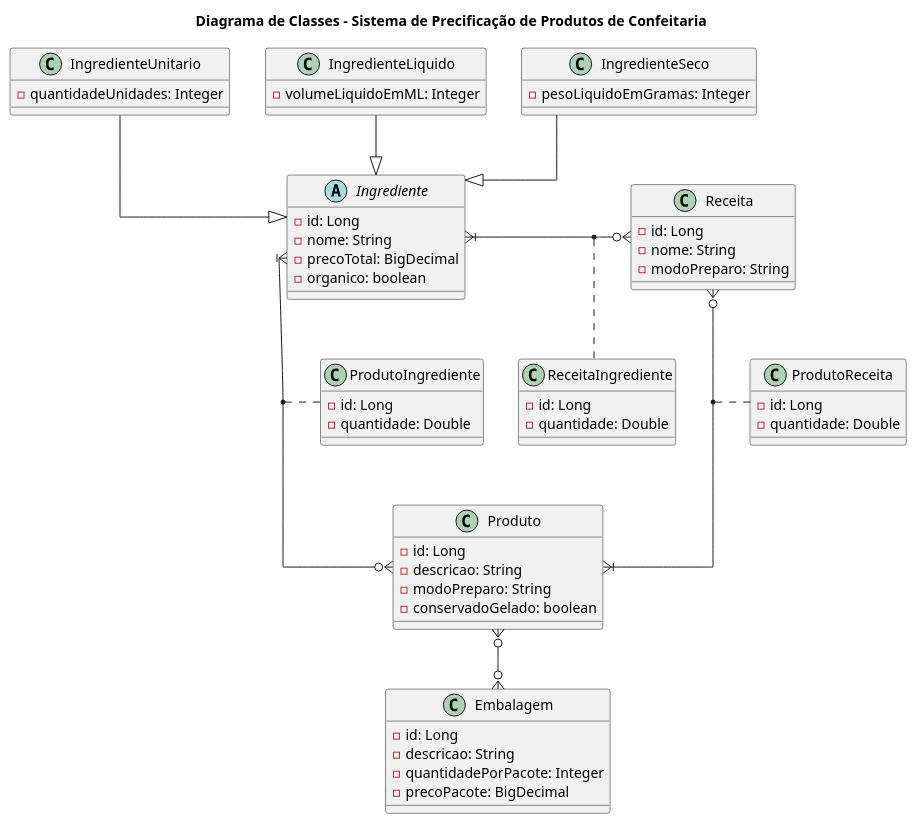
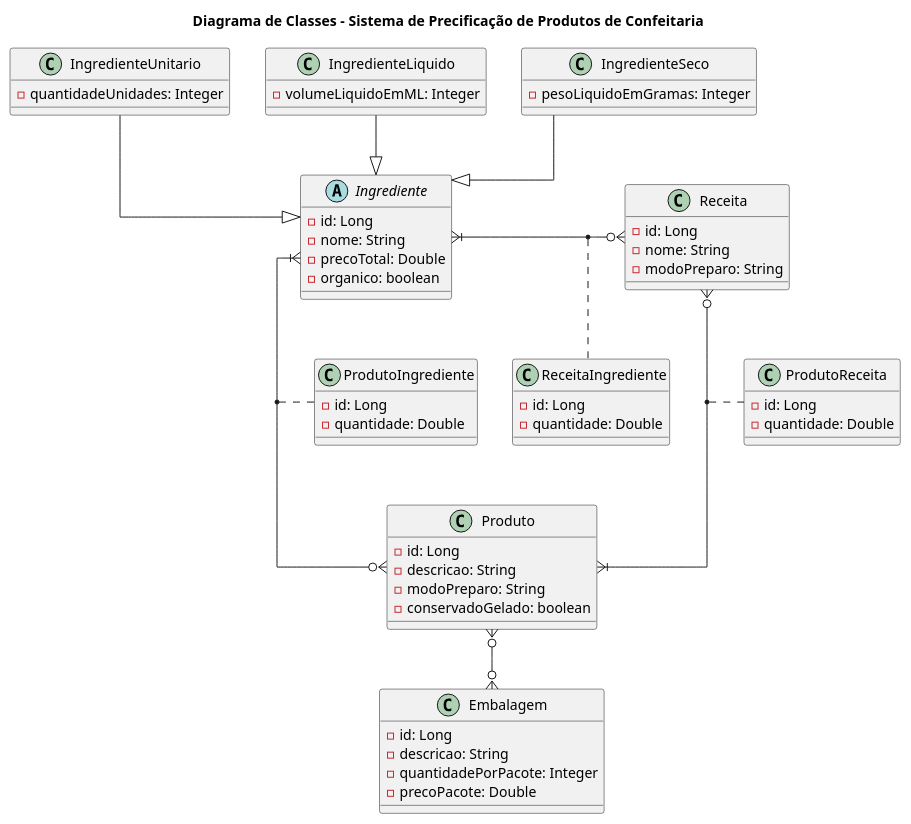
The diagram in README.md (franklin-sertao/ArquiteturaJava24E42), drawn with PlantUML before and after one commit. The commit also changed 23 other files, not shown here.

Commit message:
Melhorias no frontend + preço unitário do ingrediente + Uso de double em vez de BigDecimal

````diff
--- a/README.md
+++ b/README.md
@@ -66,75 +66,75 @@
 ```plantuml
 @startuml
 title Diagrama de Classes - Sistema de Precificação de Produtos de Confeitaria
 skinparam linetype ortho
 
 class Produto {
     - id: Long
     - descricao: String
     - modoPreparo: String
     - conservadoGelado: boolean
 }
 
 class Embalagem {
     - id: Long
     - descricao: String
     - quantidadePorPacote: Integer
-    - precoPacote: BigDecimal
+    - precoPacote: Double
 }
 
 class Receita {
     - id: Long
     - nome: String
     - modoPreparo: String
 }
 
 abstract class Ingrediente {
     - id: Long
     - nome: String
-    - precoTotal: BigDecimal
+    - precoTotal: Double
     - organico: boolean
 }
 
 class IngredienteSeco {
     - pesoLiquidoEmGramas: Integer
 }
 
 class IngredienteLiquido {
     - volumeLiquidoEmML: Integer
 }
 
 class IngredienteUnitario {
     - quantidadeUnidades: Integer
 }
 
 class ProdutoIngrediente {
     - id: Long
     - quantidade: Double
 }
 
 class ReceitaIngrediente {
     - id: Long
     - quantidade: Double
 }
 
 class ProdutoReceita {
     - id: Long
     - quantidade: Double
 }
 
 Ingrediente <|-u- IngredienteSeco
 Ingrediente <|-u- IngredienteLiquido
 Ingrediente <|-u- IngredienteUnitario
 
 Ingrediente }o-l-|{ Receita
 Ingrediente }o-u-|{ Produto
 Receita     }o-d-|{ Produto
 
 (Receita, Ingrediente) . ReceitaIngrediente
 (Produto, Ingrediente) . ProdutoIngrediente
 (Produto, Receita) . ProdutoReceita
 
 Produto }o--o{  Embalagem 
 
 @enduml
 ```
````
